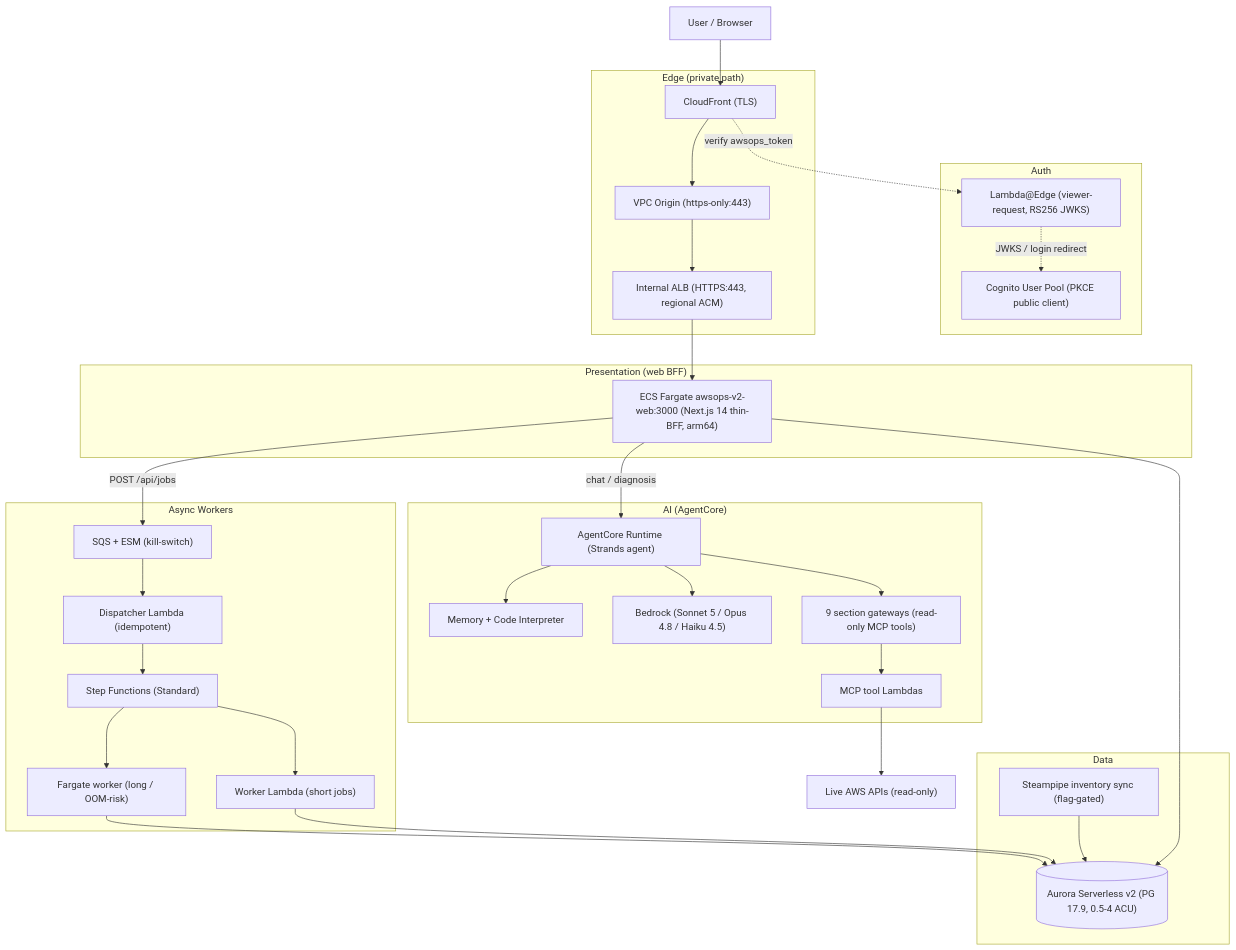
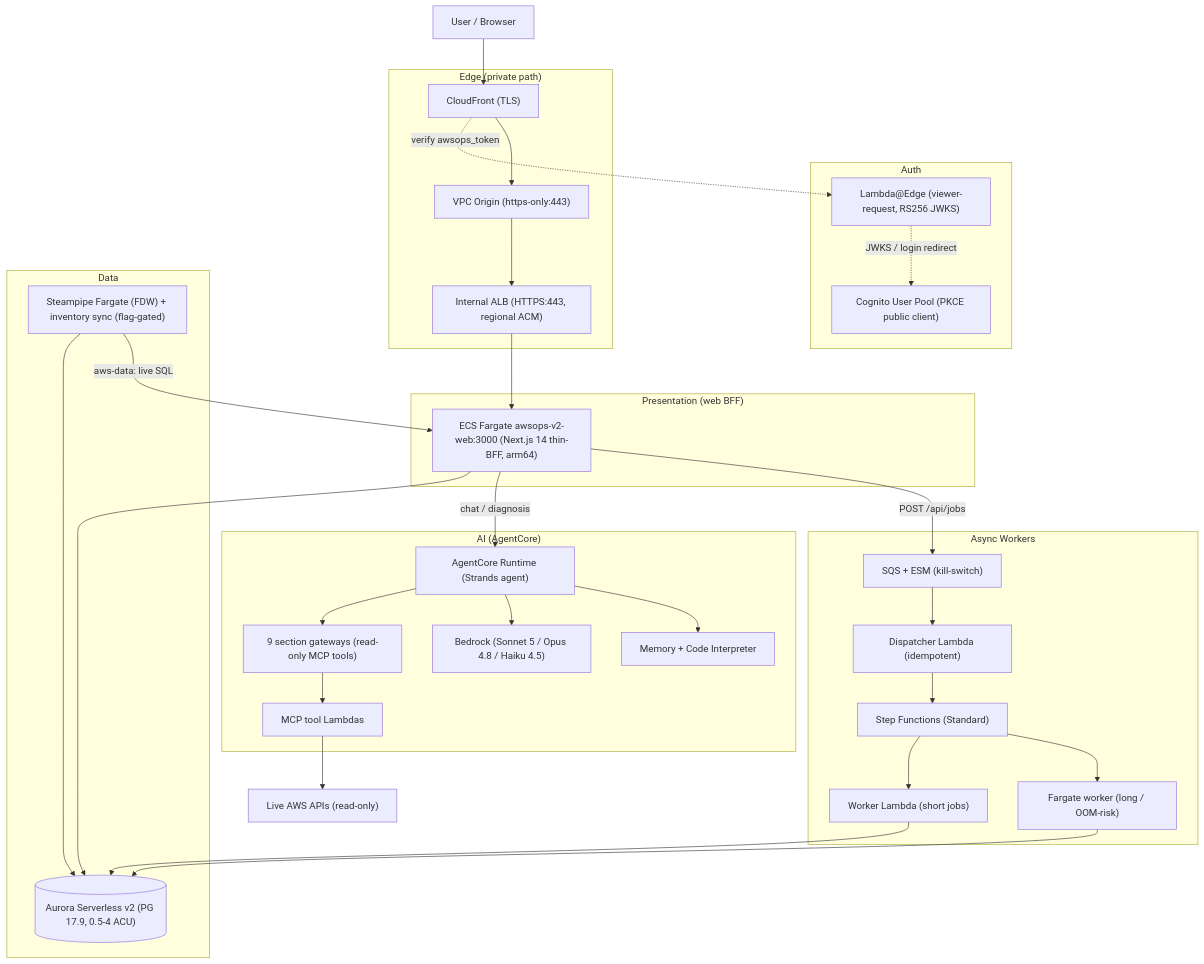
The first of 4 diagrams in docs/architecture.md (Atom-oh/awsops), drawn with Mermaid before and after one commit. The commit also changed other lines of this file and 9 other files, not shown here.

````diff
--- a/docs/architecture.md
+++ b/docs/architecture.md
@@ -27,64 +27,65 @@
 ```mermaid
 flowchart TB
   U["User / Browser"]
 
   subgraph AUTH["Auth"]
     LE["Lambda@Edge (viewer-request, RS256 JWKS)"]
     COG["Cognito User Pool (PKCE public client)"]
   end
 
   subgraph EDGE["Edge (private path)"]
     CF["CloudFront (TLS)"]
     VO["VPC Origin (https-only:443)"]
     ALB["Internal ALB (HTTPS:443, regional ACM)"]
   end
 
   subgraph WEB["Presentation (web BFF)"]
     W["ECS Fargate awsops-v2-web:3000 (Next.js 14 thin-BFF, arm64)"]
   end
 
   subgraph DATA["Data"]
     AUR[("Aurora Serverless v2 (PG 17.9, 0.5-4 ACU)")]
-    SP["Steampipe inventory sync (flag-gated)"]
+    SP["Steampipe Fargate (FDW) + inventory sync (flag-gated)"]
   end
 
   subgraph AI["AI (AgentCore)"]
     RT["AgentCore Runtime (Strands agent)"]
     GW["9 section gateways (read-only MCP tools)"]
     MCP["MCP tool Lambdas"]
     MEM["Memory + Code Interpreter"]
     BR["Bedrock (Sonnet 5 / Opus 4.8 / Haiku 4.5)"]
   end
 
   subgraph WK["Async Workers"]
     SQS["SQS + ESM (kill-switch)"]
     DSP["Dispatcher Lambda (idempotent)"]
     SFN["Step Functions (Standard)"]
     WL["Worker Lambda (short jobs)"]
     WF["Fargate worker (long / OOM-risk)"]
   end
 
   AWSAPI["Live AWS APIs (read-only)"]
 
   U --> CF
   CF -. "verify awsops_token" .-> LE
   LE -. "JWKS / login redirect" .-> COG
   CF --> VO
   VO --> ALB
   ALB --> W
   W --> AUR
   W -->|"chat / diagnosis"| RT
   RT --> GW
   GW --> MCP
   MCP --> AWSAPI
   RT --> BR
   RT --> MEM
   W -->|"POST /api/jobs"| SQS
   SQS --> DSP
   DSP --> SFN
   SFN --> WL
   SFN --> WF
   WL --> AUR
   WF --> AUR
   SP --> AUR
+  SP -->|"aws-data: live SQL"| W
 ```
````
